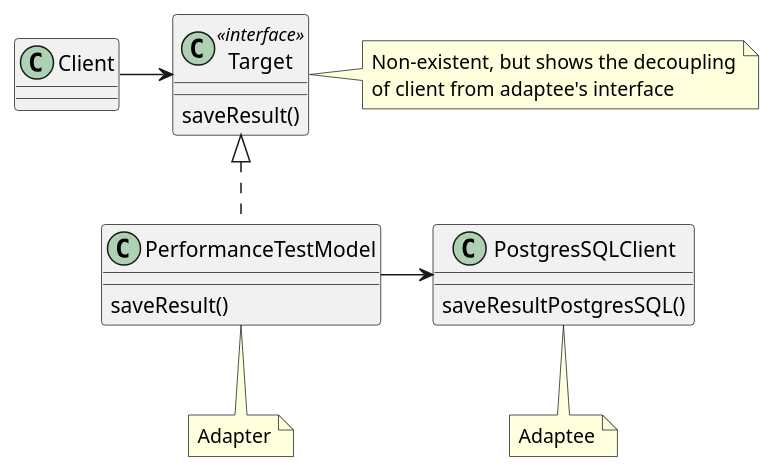
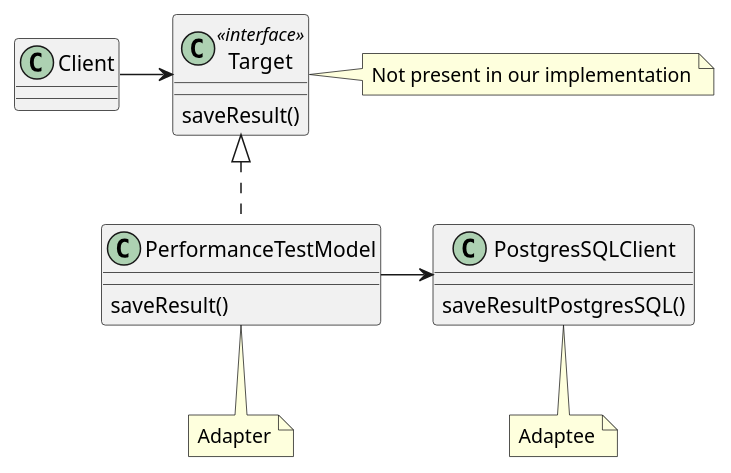
The diagram in docs/design-patterns/design-pattern-specification.puml (Lorilandly/ESN), drawn with PlantUML before and after one commit. The commit also changed 1 other file, not shown here.

```diff
--- a/docs/design-patterns/design-pattern-specification.puml
+++ b/docs/design-patterns/design-pattern-specification.puml
@@ -1,26 +1,25 @@
 @startuml
 class Client
 class Target <<interface>>
 class PerformanceTestModel
 class PostgresSQLClient
 Target : saveResult()
 PerformanceTestModel : saveResult()
 PostgresSQLClient : saveResultPostgresSQL()
 
 note right of Target
-Non-existent, but shows the decoupling
-of client from adaptee's interface
+Not present in our implementation
 end note
 
 note bottom of PerformanceTestModel
 Adapter
 end note
 
 note bottom of PostgresSQLClient
 Adaptee
 end note
 
 Client -> Target
 Target <|.. PerformanceTestModel 
 PerformanceTestModel -> PostgresSQLClient
 @enduml
```
